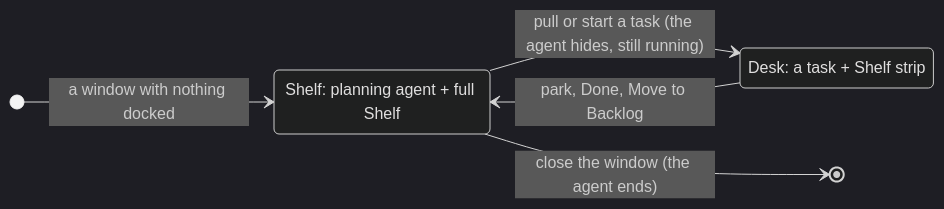
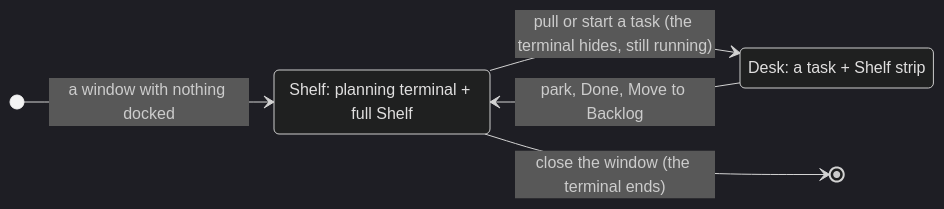
Before and after one commit to jemdiggity/kanna-v4: the first of 3 diagrams in docs/specs/planning-agent.md, drawn with Mermaid (dark theme). The commit also changed other lines of this file and 20 other files, not shown here.

First line of the commit message:
The planning agent's pane is a terminal: it prints how to start and is your shell, in the folder Kanna was started in, and you start your agent there

````diff
--- a/docs/specs/planning-agent.md
+++ b/docs/specs/planning-agent.md
@@ -28,10 +26,10 @@
 ```mermaid
 stateDiagram-v2
     direction LR
-    state "Shelf: planning agent + full Shelf" as plan
+    state "Shelf: planning terminal + full Shelf" as plan
     state "Desk: a task + Shelf strip" as task
     [*] --> plan: a window with nothing docked
-    plan --> task: pull or start a task (the agent hides, still running)
+    plan --> task: pull or start a task (the terminal hides, still running)
     task --> plan: park, Done, Move to Backlog
-    plan --> [*]: close the window (the agent ends)
+    plan --> [*]: close the window (the terminal ends)
 ```
````
